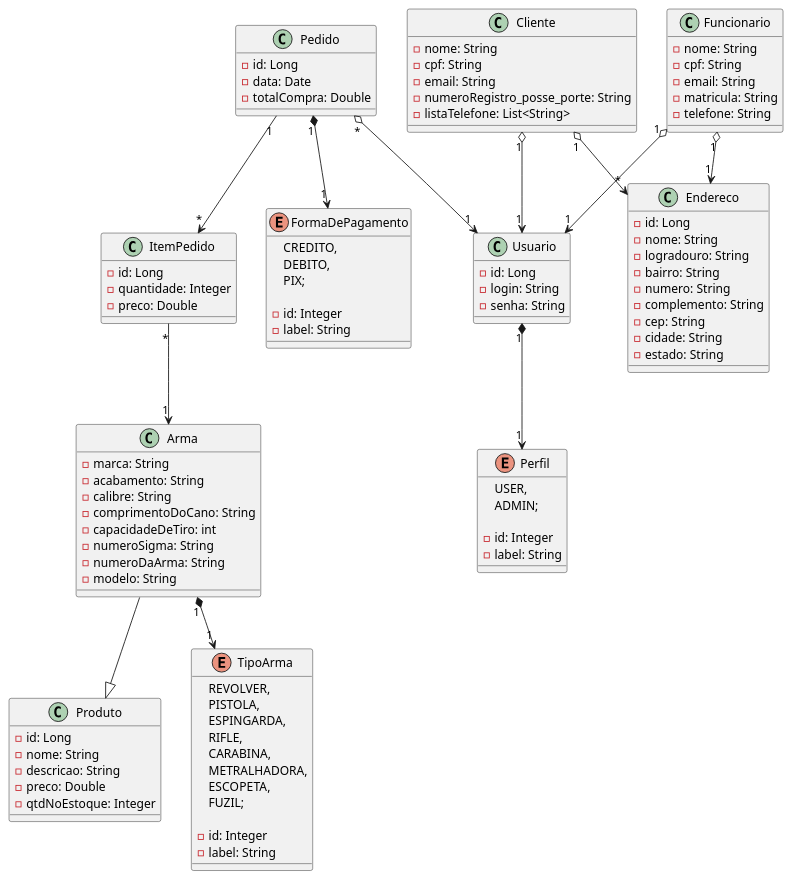
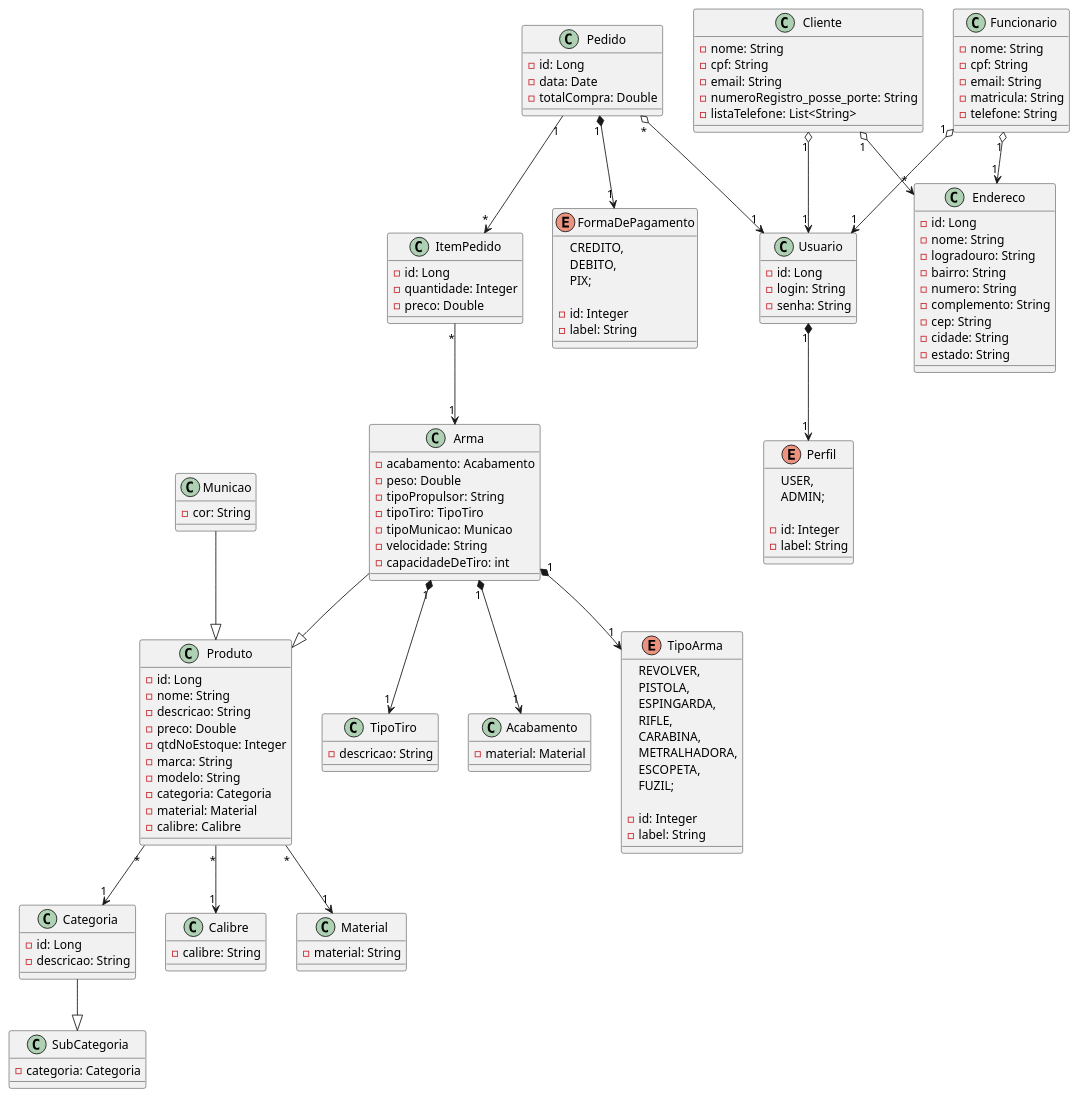
One commit to leocs000/milisoft-quarkus changed the diagram in src/main/java/unitins/tp1/docs/uml_militropa.plantuml. Above: the diagram before and after it, drawn with PlantUML. The commit also changed 7 other files, not shown here.

Commit message:
Adiciionando model de material, tipoTiro, Categoria/sub, municao

```diff
--- a/src/main/java/unitins/tp1/docs/uml_militropa.plantuml
+++ b/src/main/java/unitins/tp1/docs/uml_militropa.plantuml
@@ -1,118 +1,163 @@
 @startuml Tabacaria
 '========Produto========='
 class Produto{
     - id: Long
     - nome: String
     - descricao: String
     - preco: Double
     - qtdNoEstoque: Integer
+    - marca: String
+    - modelo: String
+    - categoria: Categoria
+    - material: Material
+    - calibre: Calibre
+}
+
+class Municao{
+    - cor: String
 }
 
 class Arma{
-    - marca: String
-    - acabamento: String
+    - acabamento: Acabamento
+    - peso: Double
+    - tipoPropulsor: String
+    - tipoTiro: TipoTiro
+    - tipoMunicao: Municao
+    - velocidade: String
+    - capacidadeDeTiro: int
+}
+
+class Categoria{
+    - id: Long
+    - descricao: String
+}
+
+class SubCategoria{
+    - categoria: Categoria
+}
+
+class TipoTiro{
+    - descricao: String
+}
+
+class Acabamento{
+    - material: Material
+}
+
+class Calibre{
     - calibre: String
-    - comprimentoDoCano: String
-    - capacidadeDeTiro: int
-    - numeroSigma: String
-    - numeroDaArma: String
-    - modelo: String
- '   - rna: String
+}
+
+class Material{
+    - material: String
 }
 
 enum TipoArma{
     REVOLVER,
     PISTOLA,
     ESPINGARDA,
     RIFLE,
     CARABINA,
     METRALHADORA,
     ESCOPETA,
     FUZIL;
 
     - id: Integer
     - label: String
 }
 
 '========Usuario========='
 class Usuario{
     - id: Long
     - login: String
     - senha: String
 }
 
 enum Perfil{
     USER,
     ADMIN;
 
     - id: Integer
     - label: String
 }
 
 class Funcionario{
     - nome: String
     - cpf: String
     - email: String
     - matricula: String
     - telefone: String
 }
 
 class Cliente{
     - nome: String
     - cpf: String
     - email: String
     - numeroRegistro_posse_porte: String
     - listaTelefone: List<String>
 }
 '========Venda========='
 class Pedido {
     - id: Long
     - data: Date
     - totalCompra: Double
 }
 
 class ItemPedido {
     - id: Long
     - quantidade: Integer
     - preco: Double
 }
 '========Pagamento========='
 enum FormaDePagamento {
     CREDITO,
     DEBITO,
     PIX;
 
     - id: Integer
     - label: String
 }
 '========Endereco========='
 class Endereco {
     - id: Long
     - nome: String
     - logradouro: String
     - bairro: String
     - numero: String
     - complemento: String
     - cep: String
     - cidade: String
     - estado: String
 }
 
 '========Relacionamentos========='
 
 Pedido "1" *--> "1" FormaDePagamento
 Pedido "1" --> "*" ItemPedido
 Pedido "*" o--> "1" Usuario
 
 ItemPedido "*" --> "1" Arma
 
 Usuario "1" *--> "1" Perfil
+
 Funcionario "1" o--> "1" Usuario
 Funcionario "1" o--> "1" Endereco
+
 Cliente "1" o--> "*" Endereco
 Cliente "1" o--> "1" Usuario
 
+Municao --|> Produto
+
 Arma --|> Produto
 Arma "1" *--> "1" TipoArma
+Arma "1" *--> "1" TipoTiro
+Arma "1" *--> "1" Acabamento
+
+Produto "*" --> "1" Material
+Produto "*" --> "1" Categoria
+Produto "*" --> "1" Calibre
+
+Categoria --|> SubCategoria
+
 
 @enduml
```
